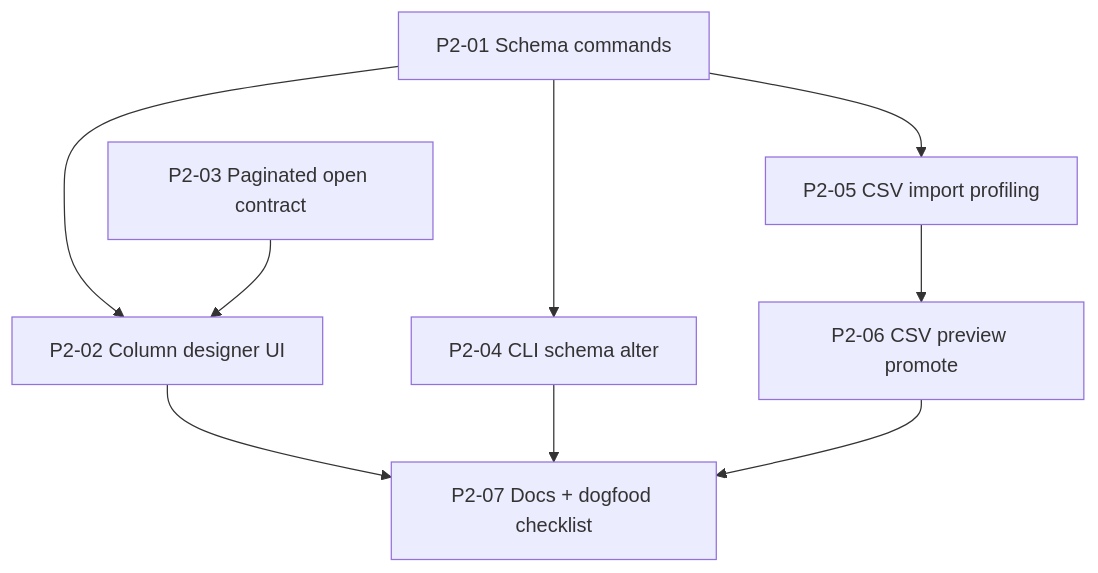
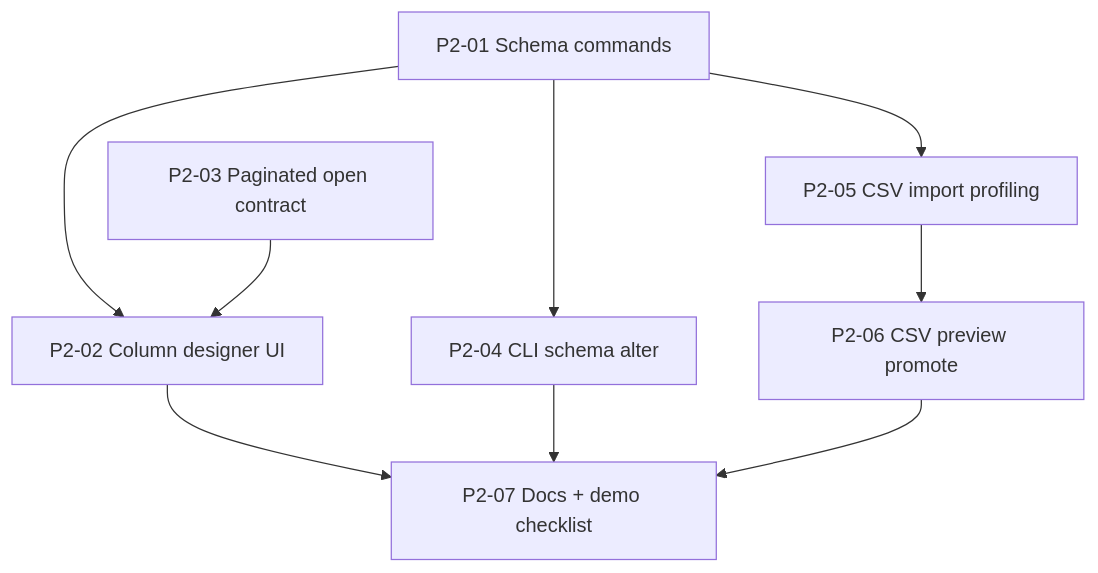
The diagram in docs/dev/phase2-tables-wave1-dag.md (willmortimer/lattice), drawn with Mermaid before and after one commit. The commit also changed other lines of this file and 10 other files, not shown here.

First line of the commit message:
chore(templates): say demo instead of dogfood in First Look copy

````diff
--- a/docs/dev/phase2-tables-wave1-dag.md
+++ b/docs/dev/phase2-tables-wave1-dag.md
@@ -32,19 +32,19 @@
 ```mermaid
 flowchart TD
   P201[P2-01 Schema commands]
   P203[P2-03 Paginated open contract]
   P202[P2-02 Column designer UI]
   P204[P2-04 CLI schema alter]
   P205[P2-05 CSV import profiling]
   P206[P2-06 CSV preview promote]
-  P207[P2-07 Docs + dogfood checklist]
+  P207[P2-07 Docs + demo checklist]
 
   P201 --> P202
   P201 --> P204
   P201 --> P205
   P203 --> P202
   P205 --> P206
   P202 --> P207
   P204 --> P207
   P206 --> P207
 ```
````
